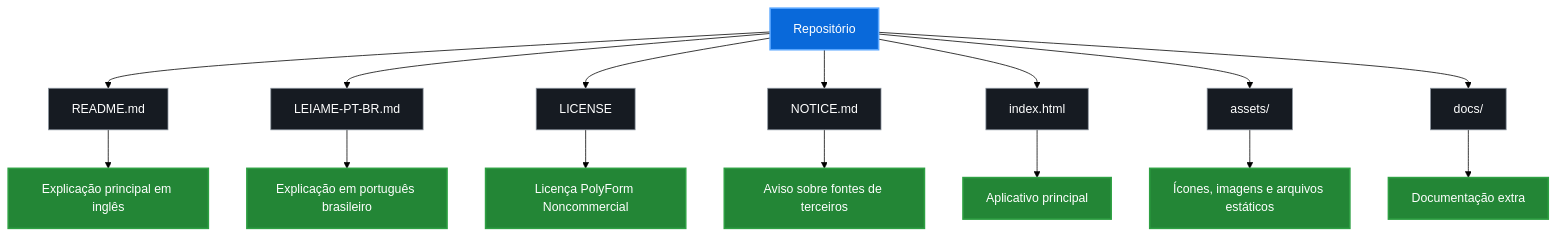
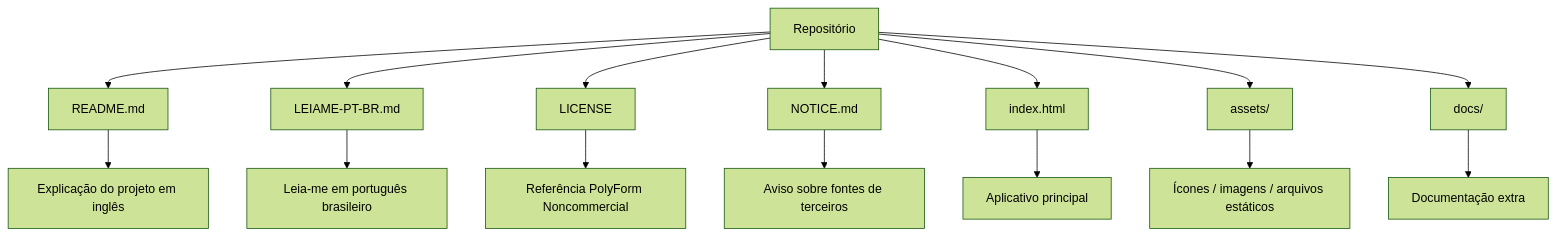
One commit to HyakkimaruPY/Hanzi-Reader changed the sixth of 6 diagrams in LEIAME-PT-BR.md. Above: the diagram before and after it, drawn with Mermaid (forest theme). The commit also changed other lines of this file, not shown here.

````diff
--- a/LEIAME-PT-BR.md
+++ b/LEIAME-PT-BR.md
@@ -349,26 +244,18 @@
 ```mermaid
 graph TD
-    A["Repositório"] --> B["README.md"]
-    A --> C["LEIAME-PT-BR.md"]
-    A --> D["LICENSE"]
-    A --> E["NOTICE.md"]
-    A --> F["index.html"]
-    A --> G["assets/"]
-    A --> H["docs/"]
+    A[Repositório] --> B[README.md]
+    A --> C[LEIAME-PT-BR.md]
+    A --> D[LICENSE]
+    A --> E[NOTICE.md]
+    A --> F[index.html]
+    A --> G[assets/]
+    A --> H[docs/]
 
-    B --> B1["Explicação principal em inglês"]
-    C --> C1["Explicação em português brasileiro"]
-    D --> D1["Licença PolyForm Noncommercial"]
-    E --> E1["Aviso sobre fontes de terceiros"]
-    F --> F1["Aplicativo principal"]
-    G --> G1["Ícones, imagens e arquivos estáticos"]
-    H --> H1["Documentação extra"]
-
-    classDef repo fill:#0969da,color:#ffffff,stroke:#58a6ff,stroke-width:2px;
-    classDef file fill:#161b22,color:#ffffff,stroke:#8b949e,stroke-width:1px;
-    classDef doc fill:#238636,color:#ffffff,stroke:#2ea043,stroke-width:2px;
-
-    class A repo;
-    class B,C,D,E,F,G,H file;
-    class B1,C1,D1,E1,F1,G1,H1 doc;
+    B --> B1[Explicação do projeto em inglês]
+    C --> C1[Leia-me em português brasileiro]
+    D --> D1[Referência PolyForm Noncommercial]
+    E --> E1[Aviso sobre fontes de terceiros]
+    F --> F1[Aplicativo principal]
+    G --> G1[Ícones / imagens / arquivos estáticos]
+    H --> H1[Documentação extra]
 ```
````
